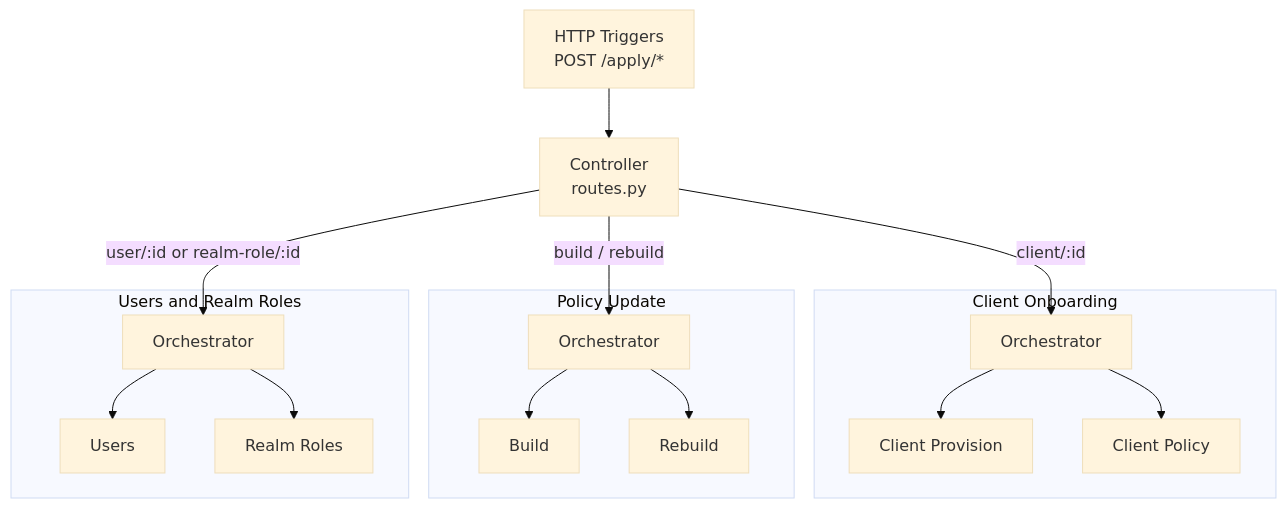
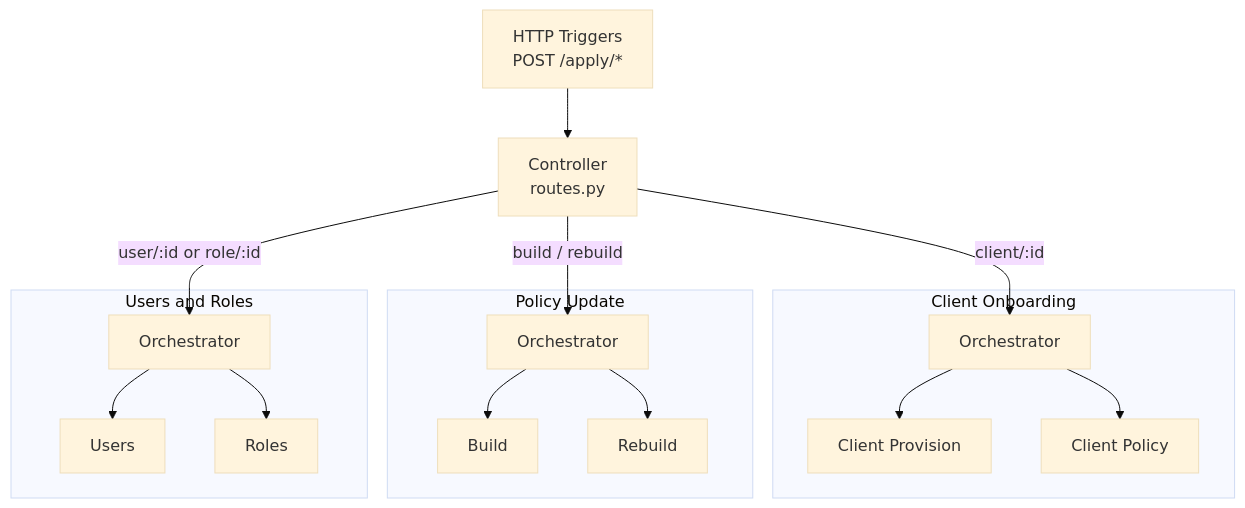
The first of 8 diagrams in inception/requirements/components/aiac-agent-diagram.md (rossoctl/aiac), drawn with Mermaid (base theme) before and after one commit. The commit also changed other lines of this file and 12 other files, not shown here.

First line of the commit message:
docs(aiac): rename 'realm role' to 'role' across all requirements

````diff
--- a/inception/requirements/components/aiac-agent-diagram.md
+++ b/inception/requirements/components/aiac-agent-diagram.md
@@ -5,34 +5,34 @@
 ```mermaid
 flowchart TD
     TRIGGERS["HTTP Triggers\nPOST /apply/*"]
     CTRL["Controller\nroutes.py"]
 
     subgraph CO["Client Onboarding"]
         ORC1["Orchestrator"]
         SA1["Client Provision"]
         SA2["Client Policy"]
         ORC1 --> SA1
         ORC1 --> SA2
     end
 
     subgraph PU["Policy Update"]
         ORC2["Orchestrator"]
         SA3["Build"]
         SA4["Rebuild"]
         ORC2 --> SA3
         ORC2 --> SA4
     end
 
-    subgraph URR["Users and Realm Roles"]
+    subgraph URR["Users and Roles"]
         ORC3["Orchestrator"]
         SA5["Users"]
-        SA6["Realm Roles"]
+        SA6["Roles"]
         ORC3 --> SA5
         ORC3 --> SA6
     end
 
     TRIGGERS --> CTRL
-    CTRL -->|"user/:id or realm-role/:id"| ORC3
+    CTRL -->|"user/:id or role/:id"| ORC3
     CTRL -->|"build / rebuild"| ORC2
     CTRL -->|"client/:id"| ORC1
 ```
````
